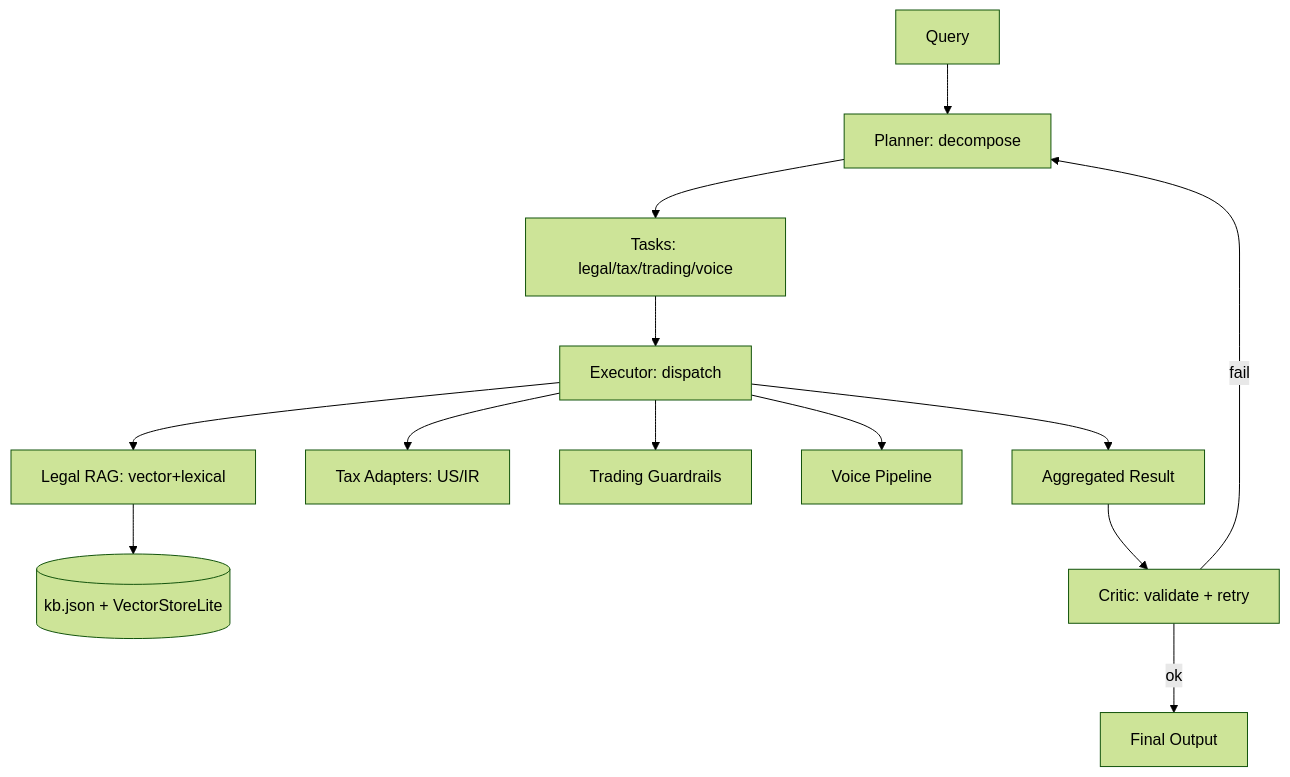
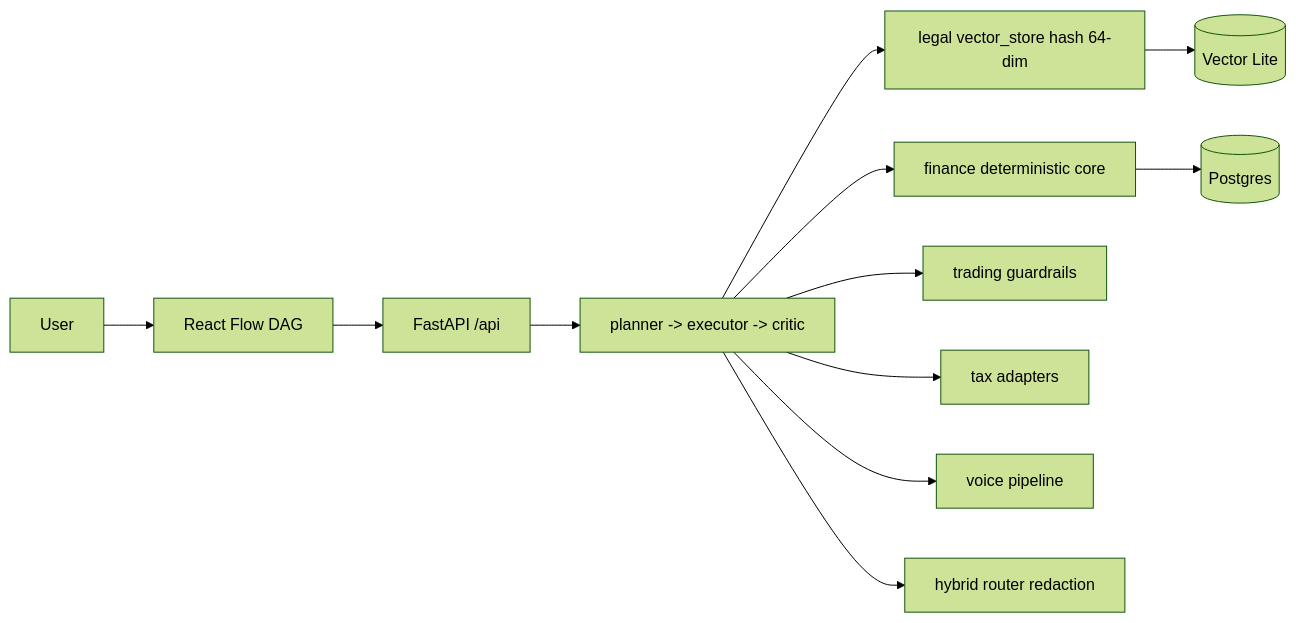
The diagram in README.md (ansariaiadmin/eaos), drawn with Mermaid (forest theme) before and after one commit. The commit also changed other lines of this file, not shown here.

Commit message:
docs: 10/10 README badge+mermaid+quickstart+sample output

````diff
--- a/README.md
+++ b/README.md
@@ -46,15 +14,14 @@
 ```mermaid
-flowchart TD
-    Query --> Planner[Planner: decompose]
-    Planner --> Tasks[Tasks: legal/tax/trading/voice]
-    Tasks --> Executor[Executor: dispatch]
-    Executor --> Legal[Legal RAG: vector+lexical]
-    Executor --> Tax[Tax Adapters: US/IR]
-    Executor --> Trading[Trading Guardrails]
-    Executor --> Voice[Voice Pipeline]
-    Executor --> Result[Aggregated Result]
-    Result --> Critic[Critic: validate + retry]
-    Critic -->|fail| Planner
-    Critic -->|ok| Output[Final Output]
-    Legal --> KB[(kb.json + VectorStoreLite)]
+flowchart LR
+  User --> Web[React Flow DAG]
+  Web --> API[FastAPI /api]
+  API --> Orchestrator[planner -> executor -> critic]
+  Orchestrator --> Legal[legal vector_store hash 64-dim]
+  Orchestrator --> Finance[finance deterministic core]
+  Orchestrator --> Trading[trading guardrails]
+  Orchestrator --> Tax[tax adapters]
+  Orchestrator --> Voice[voice pipeline]
+  Orchestrator --> LLMRouter[hybrid router redaction]
+  Finance --> DB[(Postgres)]
+  Legal --> Vector[(Vector Lite)]
 ```
````
